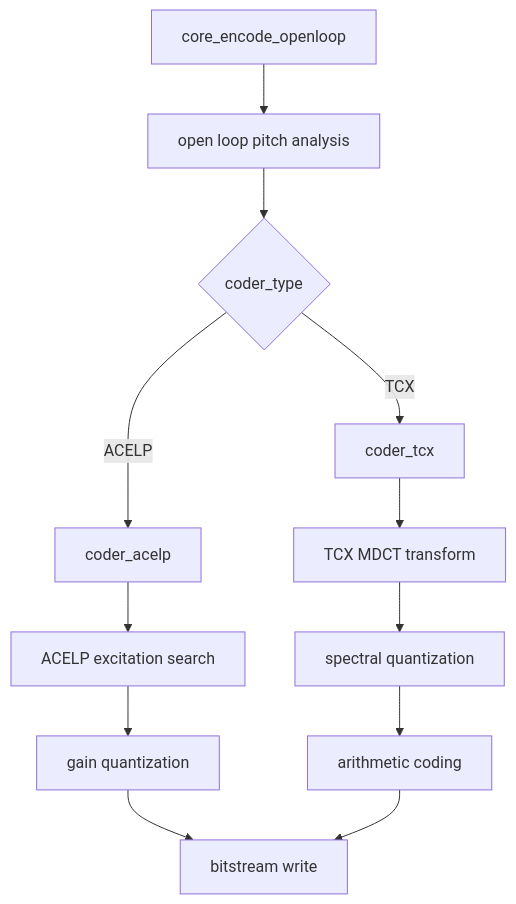
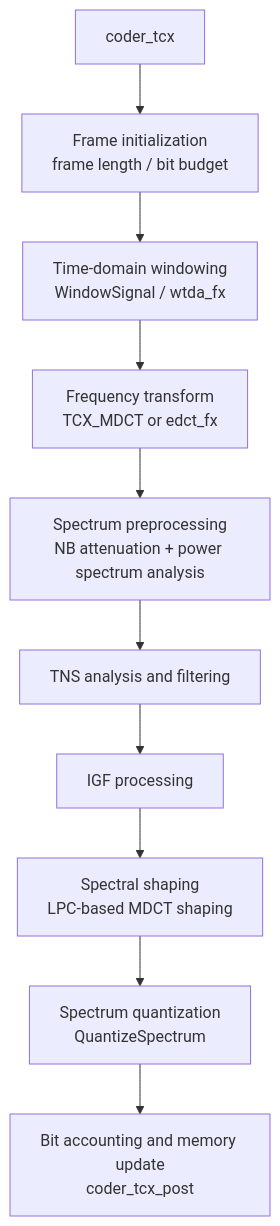
The fifth of 6 diagrams in EVS/EVS_ENC_Call_Chain_TCX.md (20050710212/obsidian_vault), drawn with Mermaid before and after one commit. The commit also changed other lines of this file, not shown here.

Commit message:
update TCX 041403

````diff
--- a/EVS/EVS_ENC_Call_Chain_TCX.md
+++ b/EVS/EVS_ENC_Call_Chain_TCX.md
@@ -95,28 +164,24 @@
 ``` mermaid
+
 flowchart TD
 
-A[core_encode_openloop]
+A[coder_tcx]
 
-A --> B[open loop pitch analysis]
+A --> B[Frame initialization<br/>frame length / bit budget]
 
-B --> C{coder_type}
+B --> C[Time-domain windowing<br/>WindowSignal / wtda_fx]
 
-C -->|ACELP| D[coder_acelp]
+C --> D[Frequency transform<br/>TCX_MDCT or edct_fx]
 
-C -->|TCX| E[coder_tcx]
+D --> E[Spectrum preprocessing<br/>NB attenuation + power spectrum analysis]
 
-D --> F[ACELP excitation search]
+E --> F[TNS analysis and filtering]
 
-F --> G[gain quantization]
+F --> G[IGF processing<br/>]
 
-G --> H[bitstream write]
+G --> H[Spectral shaping<br/>LPC-based MDCT shaping]
 
-E --> I[TCX MDCT transform]
+H --> I[Spectrum quantization<br/>QuantizeSpectrum]
 
-I --> J[spectral quantization]
-
-J --> K[arithmetic coding]
-
-K --> H
-
+I --> J[Bit accounting and memory update<br/>coder_tcx_post]
 ```
````
